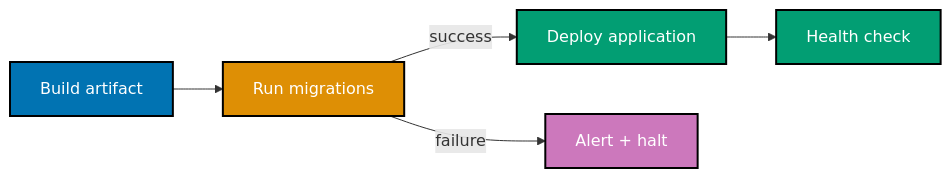
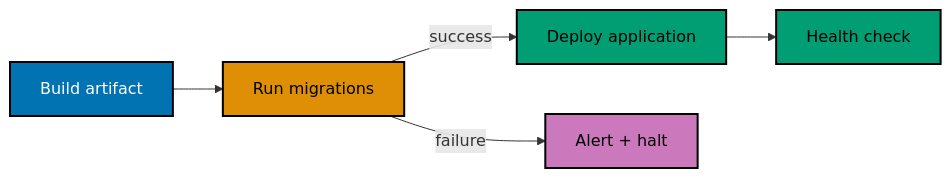
Before and after one commit to wahidyankf/ose-public: the fourth of 6 diagrams in apps/ayokoding-www/content/en/learn/legacy/software-engineering/data/tools/clojure-migratus/by-example/advanced.md, drawn with Mermaid. The commit also changed other lines of this file and 131 other files, not shown here.

First line of the commit message:
fix(mermaid): bring the legacy data, infrastructure, and testing diagrams onto the accessible palette

````diff
--- a/apps/ayokoding-www/content/en/learn/legacy/software-engineering/data/tools/clojure-migratus/by-example/advanced.md
+++ b/apps/ayokoding-www/content/en/learn/legacy/software-engineering/data/tools/clojure-migratus/by-example/advanced.md
@@ -425,15 +444,22 @@
 ```mermaid
 %% Color Palette: Blue #0173B2, Orange #DE8F05, Teal #029E73, Purple #CC78BC, Brown #CA9161
 %% CI/CD migration pipeline
 graph LR
+    accTitle: Example 68: Migratus in CI/CD Pipeline
+    accDescr: Graph with 5 nodes and 4 connections. Nodes: Build artifact, Run migrations, Deploy application, Alert + halt, Health check. Connections: Build artifact to Run migrations, Run migrations to Deploy application (success), Run migrations to Alert + halt (failure), Deploy application to Health check.
     A[Build artifact] --> B[Run migrations]
     B -->|success| C[Deploy application]
     B -->|failure| D[Alert + halt]
     C --> E[Health check]
 
-    style A fill:#0173B2,stroke:#000000,color:#FFFFFF,stroke-width:2px
-    style B fill:#DE8F05,stroke:#000000,color:#FFFFFF,stroke-width:2px
-    style C fill:#029E73,stroke:#000000,color:#FFFFFF,stroke-width:2px
-    style D fill:#CC78BC,stroke:#000000,color:#FFFFFF,stroke-width:2px
-    style E fill:#029E73,stroke:#000000,color:#FFFFFF,stroke-width:2px
+    classDef pal-0173B2 fill:#0173B2,stroke:#000000,color:#FFFFFF,stroke-width:2px
+    class A pal-0173B2
+    classDef pal-DE8F05 fill:#DE8F05,stroke:#000000,color:#000000,stroke-width:2px
+    class B pal-DE8F05
+    classDef pal-029E73 fill:#029E73,stroke:#000000,color:#000000,stroke-width:2px
+    class C pal-029E73
+    classDef pal-CC78BC fill:#CC78BC,stroke:#000000,color:#000000,stroke-width:2px
+    class D pal-CC78BC
+    class E pal-029E73
+    classDef default fill:#FFFFFF,stroke:#000000,color:#000000
 ```
````
